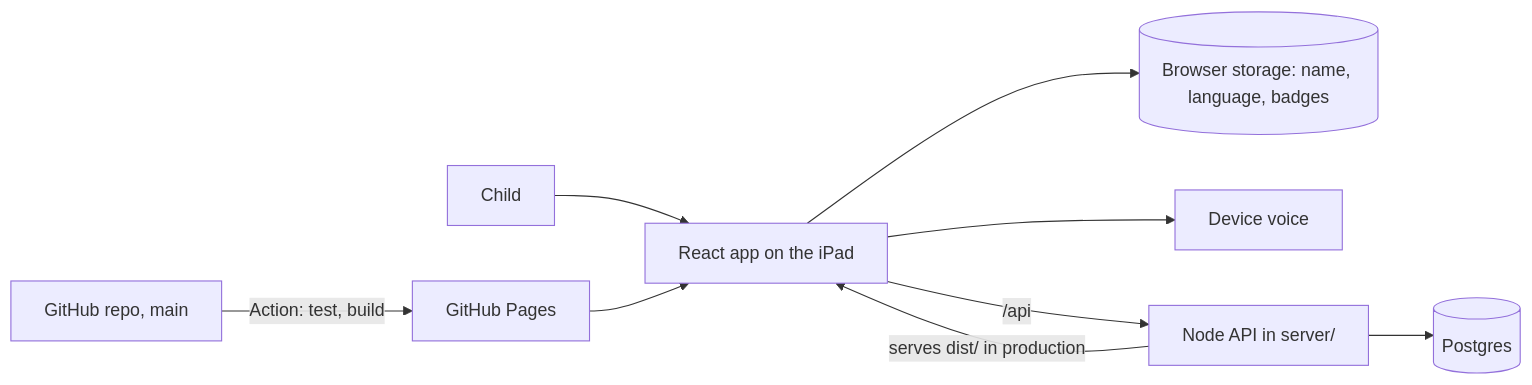
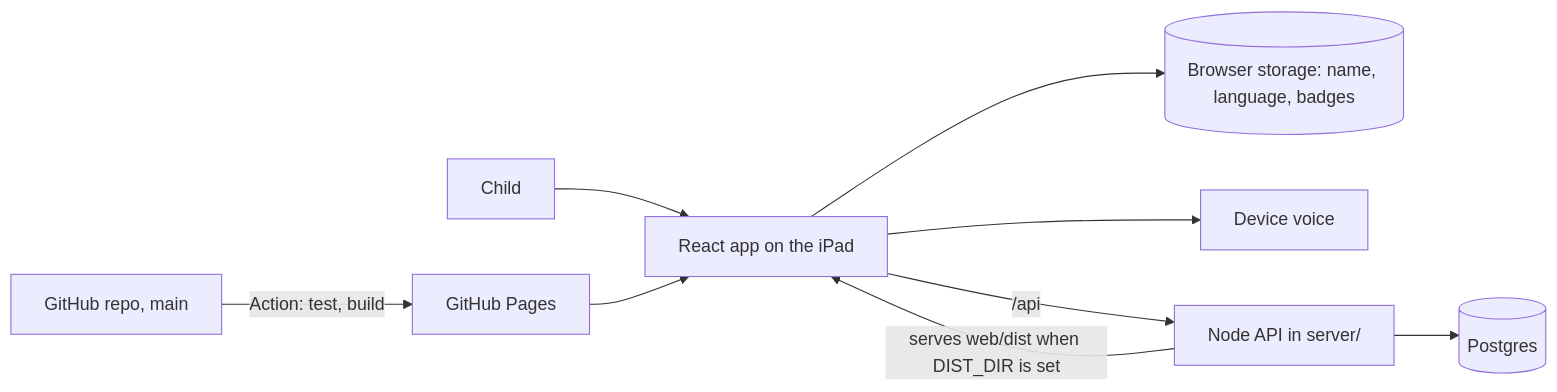
One commit to sredhu37/ripples changed the diagram in ARCHITECTURE.md. Above: the diagram before and after it, drawn with Mermaid. The commit also changed other lines of this file and 363 other files, not shown here.

First line of the commit message:
Split the app into web/ and server/ packages, add backend and frontend Dockerfiles

````diff
--- a/ARCHITECTURE.md
+++ b/ARCHITECTURE.md
@@ -7,11 +7,11 @@
 ```mermaid
 flowchart LR
   Child --> App[React app on the iPad]
   App --> Store[(Browser storage: name, language, badges)]
   App --> Speech[Device voice]
   Pages[GitHub Pages] --> App
   Repo[GitHub repo, main] -->|Action: test, build| Pages
   App -->|/api| API[Node API in server/]
-  API -->|serves dist/ in production| App
+  API -->|serves web/dist when DIST_DIR is set| App
   API --> DB[(Postgres)]
 ```
````
